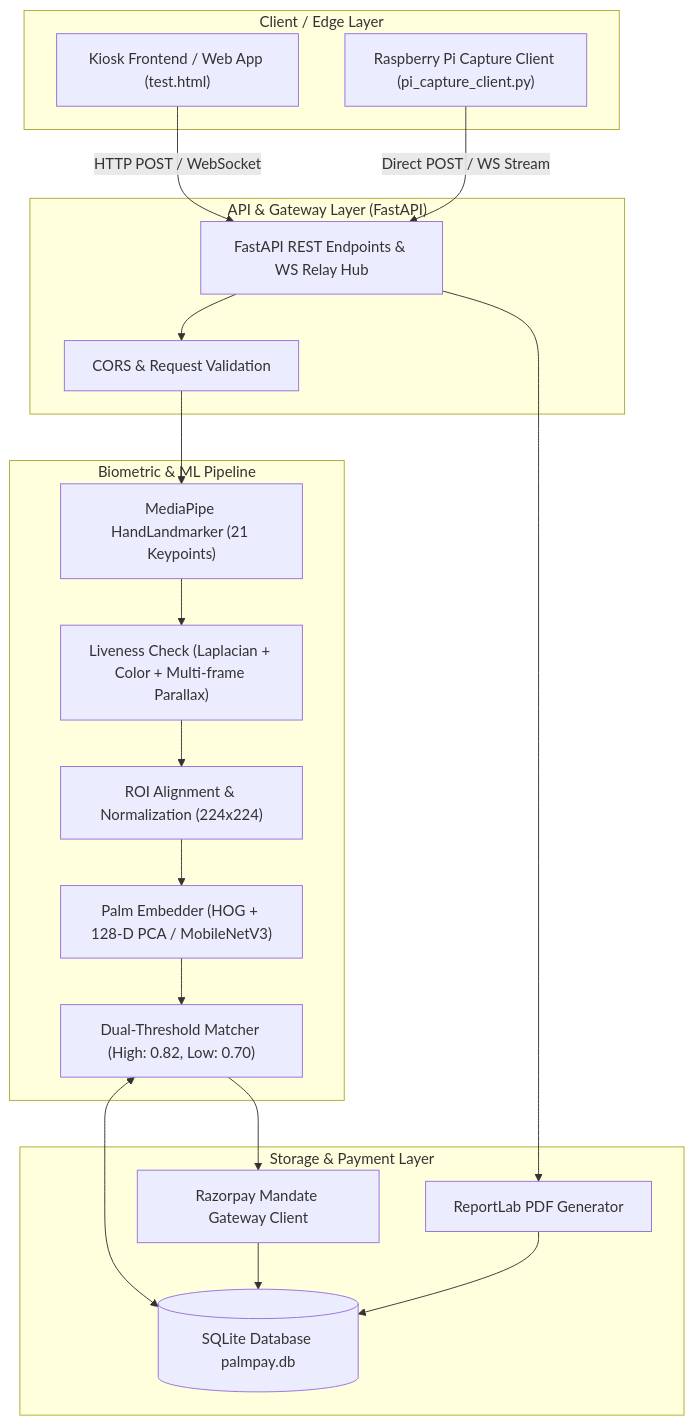
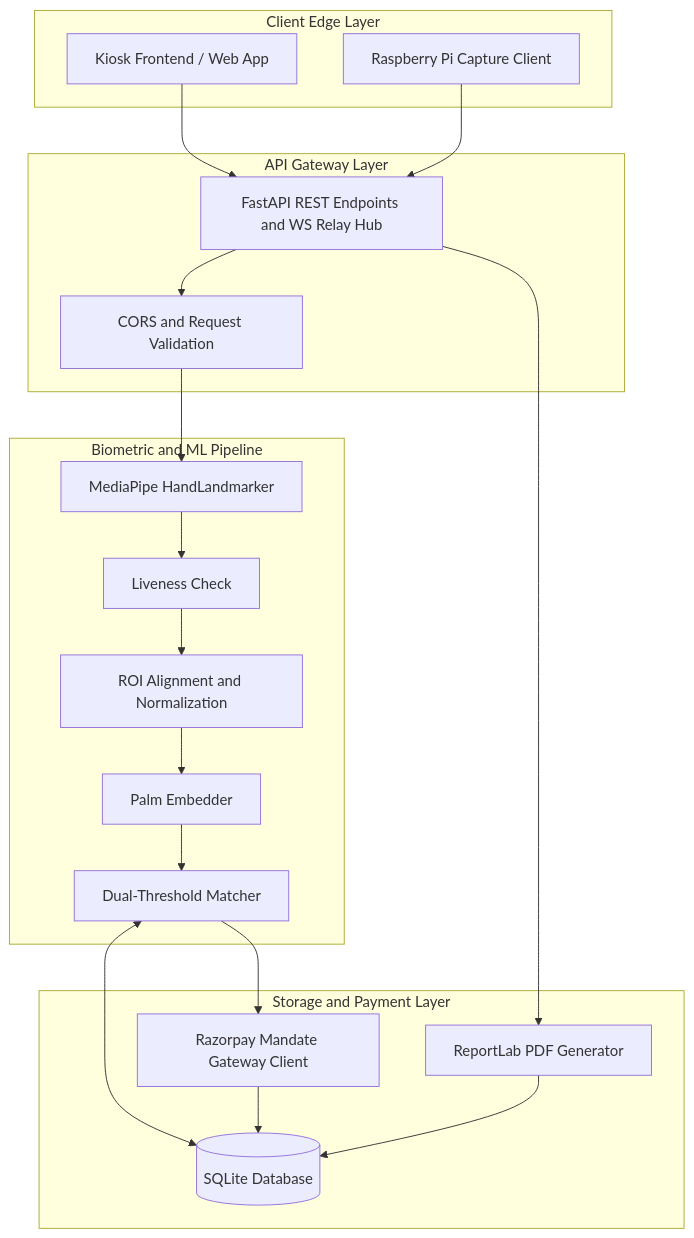
The first of 4 diagrams in README.md (GULSHANKUMAR6079/palmpe), drawn with Mermaid before and after one commit. The commit also changed other lines of this file, not shown here.

````diff
--- a/README.md
+++ b/README.md
@@ -50,40 +50,40 @@
 ```mermaid
 flowchart TD
-    subgraph ClientLayer["Client / Edge Layer"]
-        UI["Kiosk Frontend / Web App (test.html)"]
-        Pi["Raspberry Pi Capture Client (pi_capture_client.py)"]
+    subgraph ClientLayer [Client Edge Layer]
+        UI["Kiosk Frontend / Web App"]
+        Pi["Raspberry Pi Capture Client"]
     end
 
-    subgraph APILayer["API & Gateway Layer (FastAPI)"]
-        Endpoint["FastAPI REST Endpoints & WS Relay Hub"]
-        CORS["CORS & Request Validation"]
+    subgraph APILayer [API Gateway Layer]
+        Endpoint["FastAPI REST Endpoints and WS Relay Hub"]
+        CORS["CORS and Request Validation"]
     end
 
-    subgraph BiometricPipeline["Biometric & ML Pipeline"]
-        MP["MediaPipe HandLandmarker (21 Keypoints)"]
-        Liveness["Liveness Check (Laplacian + Color + Multi-frame Parallax)"]
-        Align["ROI Alignment & Normalization (224x224)"]
-        Embedder["Palm Embedder (HOG + 128-D PCA / MobileNetV3)"]
-        Matcher["Dual-Threshold Matcher (High: 0.82, Low: 0.70)"]
+    subgraph BiometricPipeline [Biometric and ML Pipeline]
+        MP["MediaPipe HandLandmarker"]
+        Liveness["Liveness Check"]
+        Align["ROI Alignment and Normalization"]
+        Embedder["Palm Embedder"]
+        Matcher["Dual-Threshold Matcher"]
     end
 
-    subgraph StoragePayment["Storage & Payment Layer"]
-        DB[("SQLite Database palmpay.db")]
+    subgraph StoragePayment [Storage and Payment Layer]
+        DB[("SQLite Database")]
         RP["Razorpay Mandate Gateway Client"]
         Receipt["ReportLab PDF Generator"]
     end
 
-    UI -->|"HTTP POST / WebSocket"| Endpoint
-    Pi -->|"Direct POST / WS Stream"| Endpoint
+    UI --> Endpoint
+    Pi --> Endpoint
     Endpoint --> CORS
     CORS --> MP
     MP --> Liveness
     Liveness --> Align
     Align --> Embedder
     Embedder --> Matcher
     Matcher <--> DB
     Matcher --> RP
     RP --> DB
     Endpoint --> Receipt
     Receipt --> DB
 ```
````
